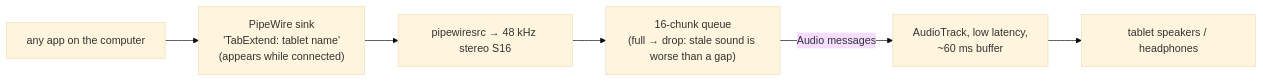
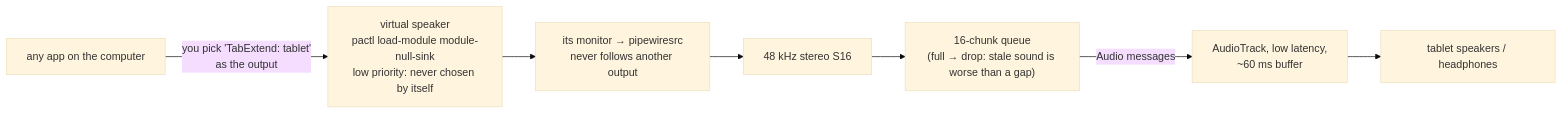
Diagram 11 of 15 in docs/architecture.md (St3inberg/TabExtend), drawn with Mermaid (base theme) before and after one commit. The commit also changed other lines of this file and 6 other files, not shown here.

First line of the commit message:
Sound: a real virtual speaker, so the tablet's sound always starts

````diff
--- a/docs/architecture.md
+++ b/docs/architecture.md
@@ -276,6 +282,7 @@
 ```mermaid
 flowchart LR
-    App["any app on the computer"] --> Sink["PipeWire sink<br/>'TabExtend: tablet name'<br/>(appears while connected)"]
-    Sink --> Cap["pipewiresrc → 48 kHz stereo S16"] --> Q["16-chunk queue<br/>(full → drop: stale sound is worse than a gap)"]
+    App["any app on the computer"] -->|"you pick 'TabExtend: tablet'<br/>as the output"| Sink["virtual speaker<br/>pactl load-module module-null-sink<br/>low priority: never chosen by itself"]
+    Sink --> Mon["its monitor → pipewiresrc<br/>never follows another output"]
+    Mon --> Cap["48 kHz stereo S16"] --> Q["16-chunk queue<br/>(full → drop: stale sound is worse than a gap)"]
     Q -->|"Audio messages"| AT["AudioTrack, low latency,<br/>~60 ms buffer"] --> Spk["tablet speakers / headphones"]
 ```
````
